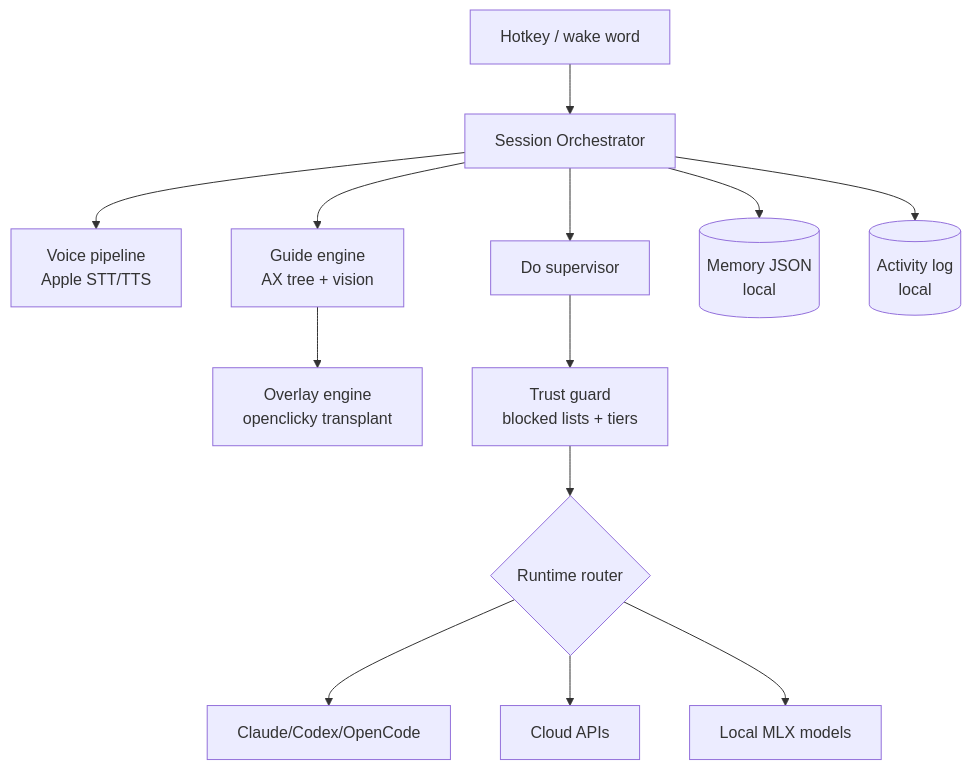
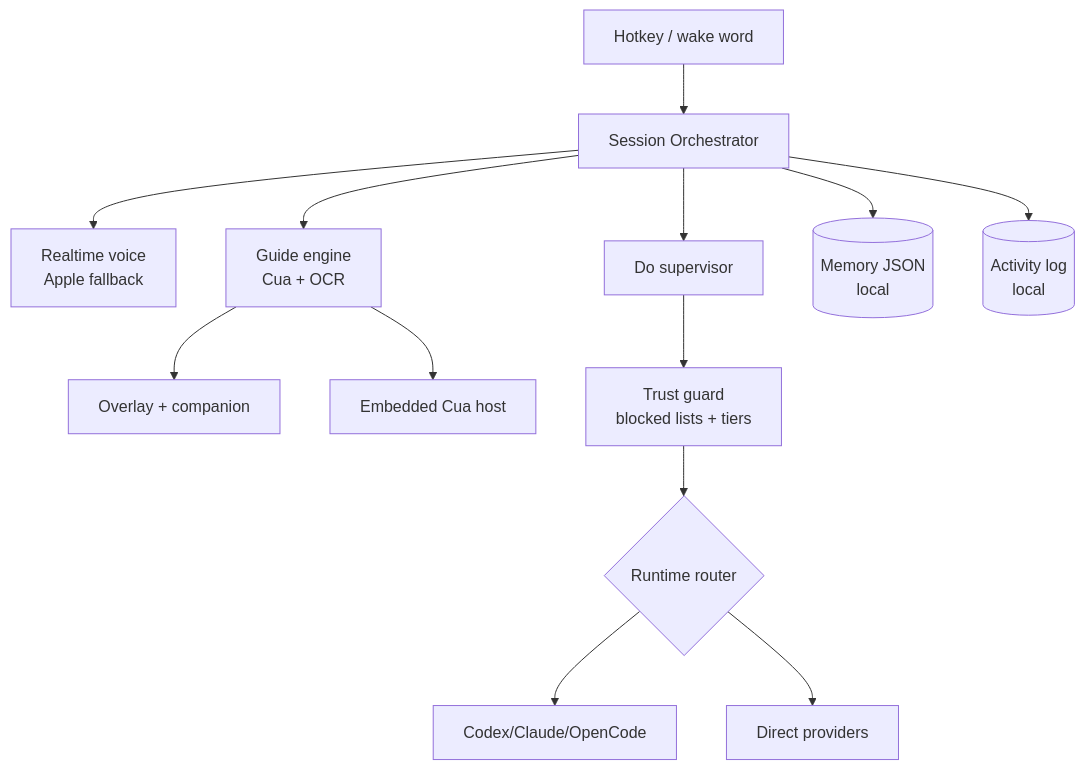
Before and after one commit to hridaya423/perry: the first of 2 diagrams in PRD.md, drawn with Mermaid. The commit also changed other lines of this file and 381 other files, not shown here.

````diff
--- a/PRD.md
+++ b/PRD.md
@@ -100,15 +99,15 @@
 ```mermaid
 flowchart TD
     HK[Hotkey / wake word] --> Sess[Session Orchestrator]
-    Sess --> Voice[Voice pipeline\nApple STT/TTS]
-    Sess --> Guide[Guide engine\nAX tree + vision]
+    Sess --> Voice[Realtime voice\nApple fallback]
+    Sess --> Guide[Guide engine\nCua + OCR]
     Sess --> Doer[Do supervisor]
-    Guide --> OV[Overlay engine\nopenclicky transplant]
+    Guide --> OV[Overlay + companion]
     Doer --> Guard[Trust guard\nblocked lists + tiers]
     Guard --> RT{Runtime router}
-    RT --> CLI[Claude/Codex/OpenCode]
-    RT --> BYOK[Cloud APIs]
-    RT --> LOC[Local MLX models]
+    RT --> CLI[Codex/Claude/OpenCode]
+    RT --> BYOK[Direct providers]
+    Guide --> CUA[Embedded Cua host]
     Sess --> Mem[(Memory JSON\nlocal)]
     Sess --> Log[(Activity log\nlocal)]
 ```
````
